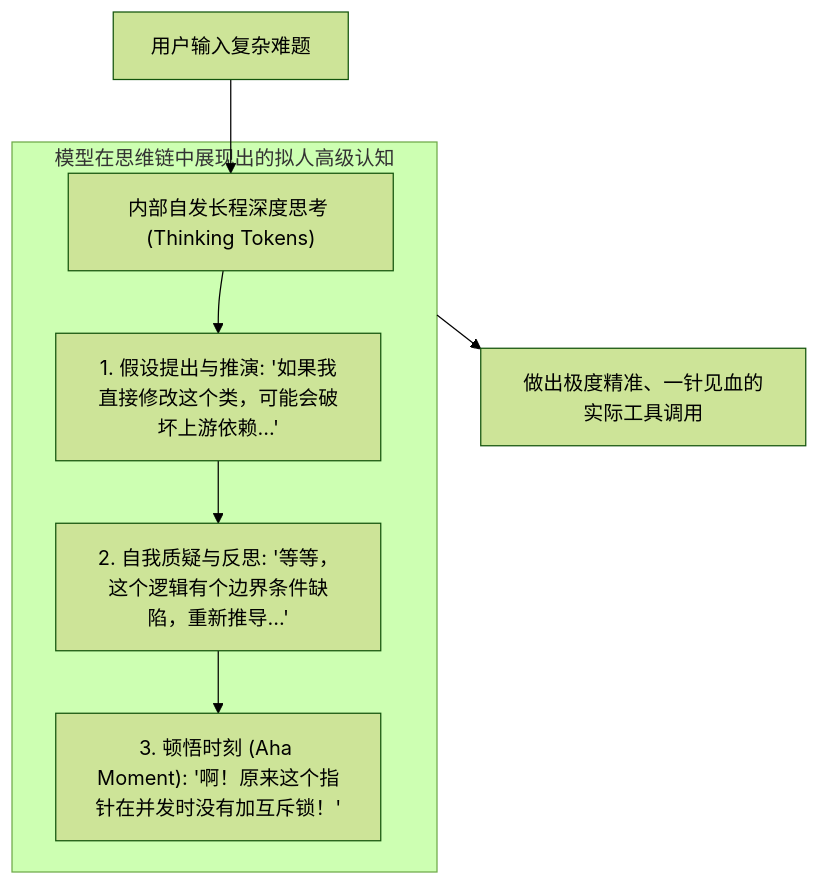
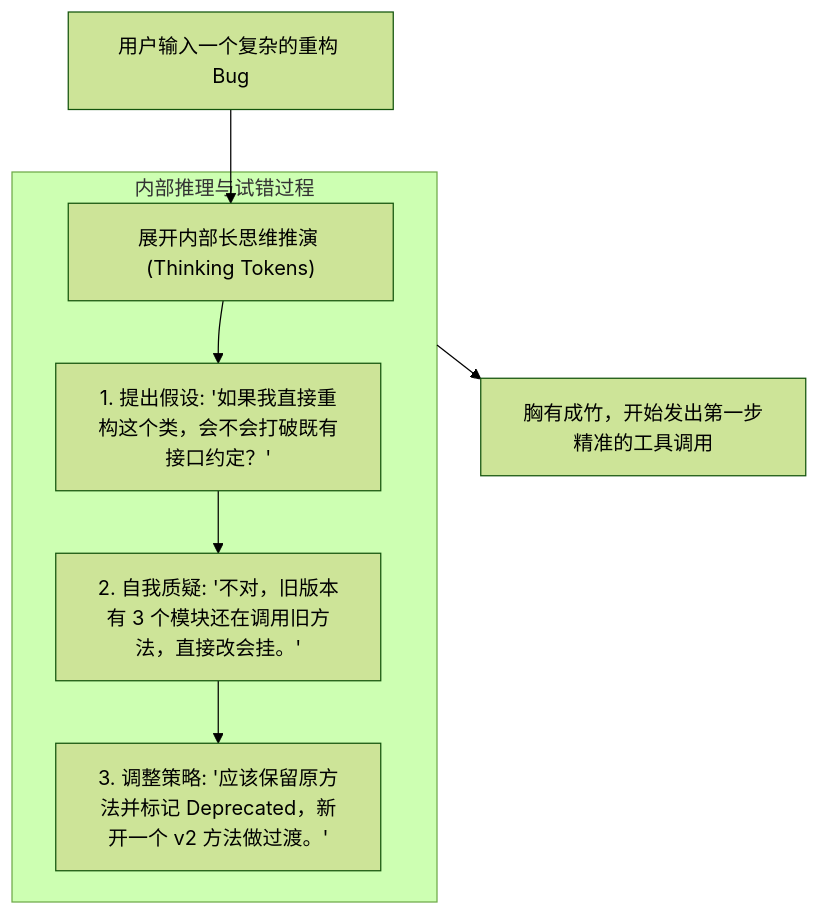
Before and after one commit to ljh12138164/ai-agent-study: the fourth of 4 diagrams in app/ch08-post-training/03-rlef-and-test-time-compute/page.mdx, drawn with Mermaid (forest theme). The commit also changed other lines of this file and 43 other files, not shown here.

````diff
--- a/app/ch08-post-training/03-rlef-and-test-time-compute/page.mdx
+++ b/app/ch08-post-training/03-rlef-and-test-time-compute/page.mdx
@@ -100,12 +95,12 @@
 ```mermaid
-graph TD
-    TaskIn["用户输入复杂难题"] --> LongCoT["内部自发长程深度思考 (Thinking Tokens)"]
+flowchart TD
+    Task["用户输入一个复杂的重构 Bug"] --> Think["展开内部长思维推演 (Thinking Tokens)"]
     
-    subgraph InsideBrain["模型在思维链中展现出的拟人高级认知"]
-        LongCoT --> T1["1. 假设提出与推演: '如果我直接修改这个类，可能会破坏上游依赖...'"]
-        T1 --> T2["2. 自我质疑与反思: '等等，这个逻辑有个边界条件缺陷，重新推导...'"]
-        T2 --> T3["3. 顿悟时刻 (Aha Moment): '啊！原来这个指针在并发时没有加互斥锁！'"]
+    subgraph Mind["内部推理与试错过程"]
+        Think --> M1["1. 提出假设: '如果我直接重构这个类，会不会打破既有接口约定？'"]
+        M1 --> M2["2. 自我质疑: '不对，旧版本有 3 个模块还在调用旧方法，直接改会挂。'"]
+        M2 --> M3["3. 调整策略: '应该保留原方法并标记 Deprecated，新开一个 v2 方法做过渡。'"]
     end
     
-    InsideBrain --> ConfidentAction["做出极度精准、一针见血的实际工具调用"]
+    Mind --> Action["胸有成竹，开始发出第一步精准的工具调用"]
 ```
````
